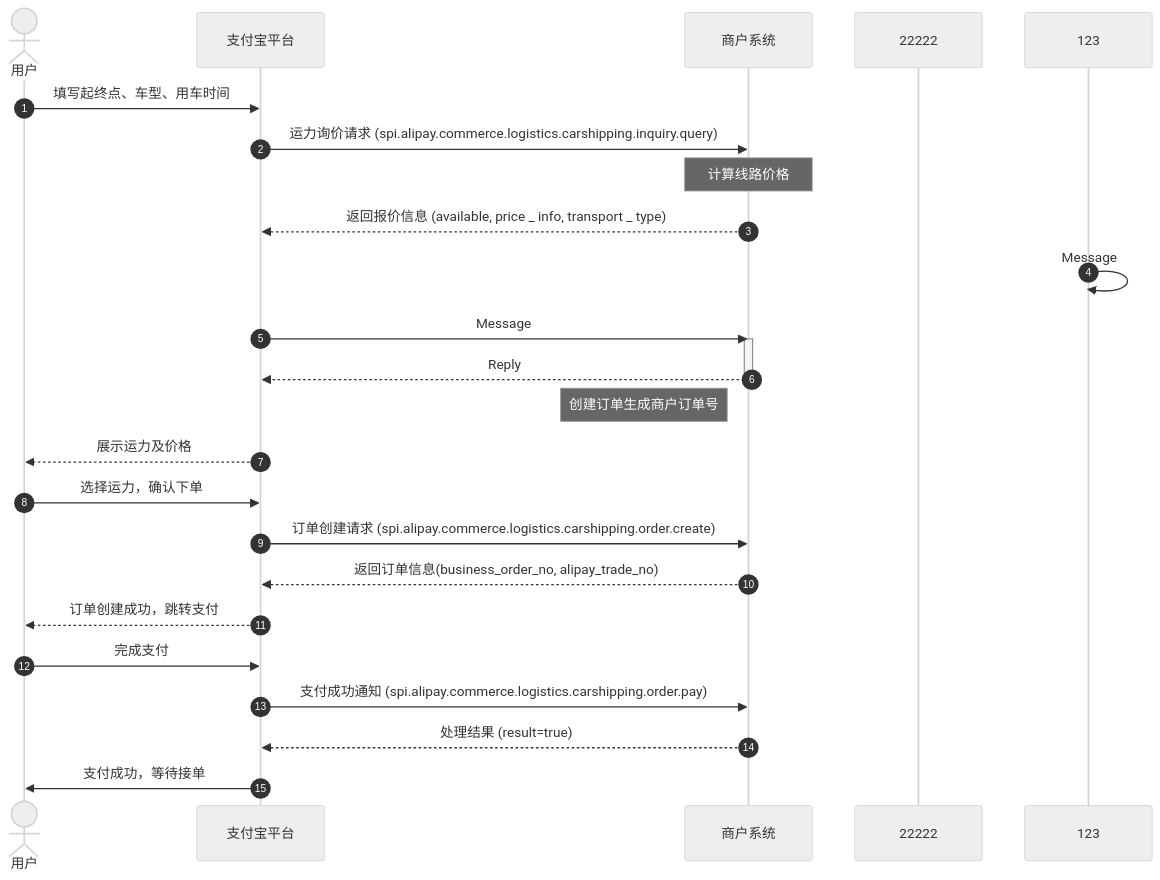
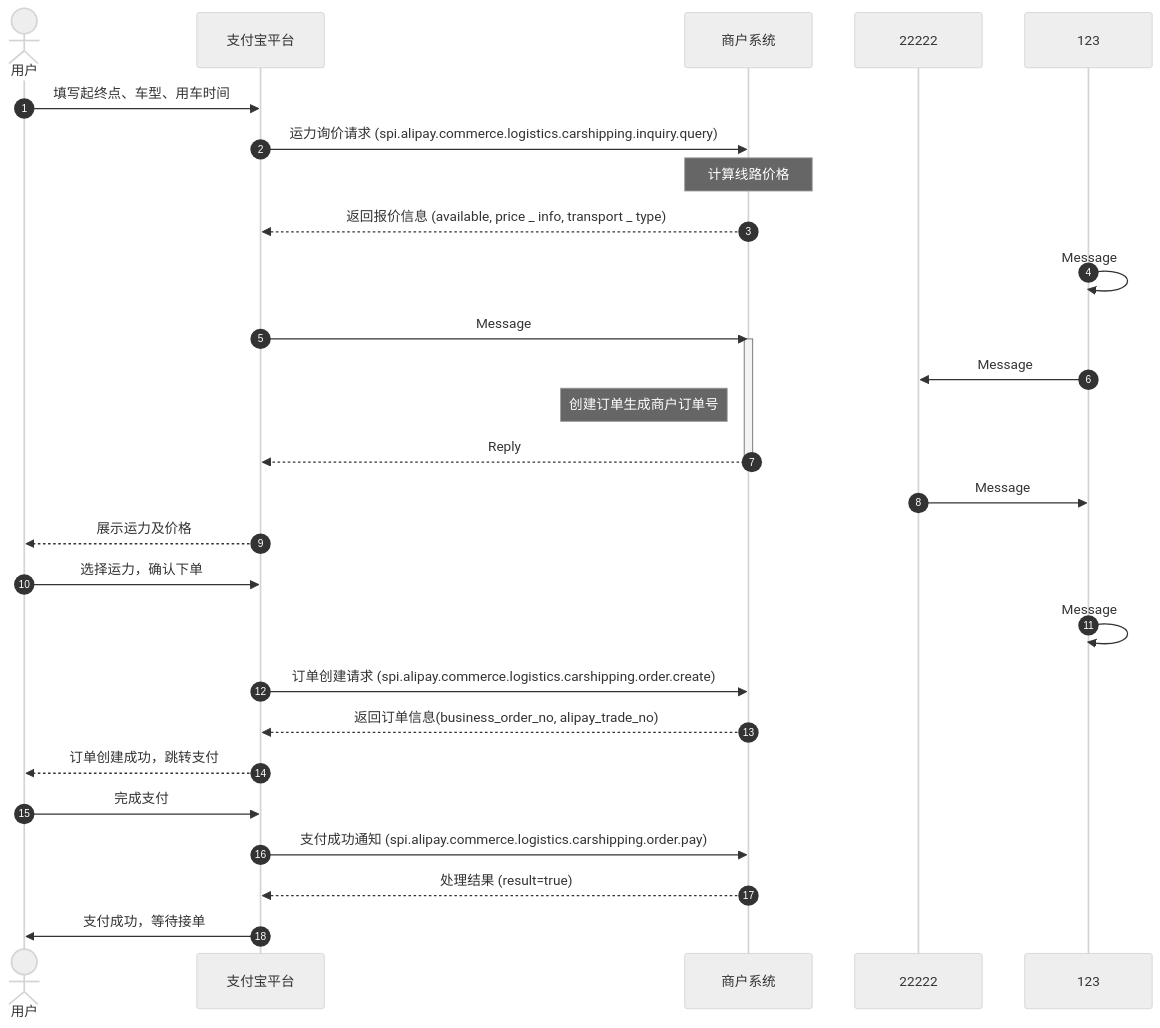
Before and after one commit to pingpm/mermaid_vault: the diagram in mmd/test_dba1b258-be6a-414c-9967-aedbcccfa44f.mmd, drawn with Mermaid (neutral theme). The commit also changed 2 other files, not shown here.

Commit message:
Sync Mermaid Studio data (8 diagrams)

```diff
--- a/mmd/test_dba1b258-be6a-414c-9967-aedbcccfa44f.mmd
+++ b/mmd/test_dba1b258-be6a-414c-9967-aedbcccfa44f.mmd
@@ -1,26 +1,29 @@
 sequenceDiagram
   autonumber
   actor p0 as 用户
   participant p1 as 支付宝平台
   participant p2 as 商户系统
   participant p3 as 22222
   participant p4 as 123
   p0->>p1: 填写起终点、⻋型、⽤⻋时间
   p1->>p2: 运⼒询价请求 (spi.alipay.commerce.logistics.carshipping.inquiry.query)
   Note over p2: 计算线路价格
   p2-->>p1: 返回报价信息 (available, price _ info, transport _ type)
   p4->>p4: Message
   p1->>p2: Message
   activate p2
+  p4->>p3: Message
+  Note left of p2: 创建订单⽣成商户订单号
   p2-->>p1: Reply
   deactivate p2
-  Note left of p2: 创建订单⽣成商户订单号
+  p3->>p4: Message
   p1-->>p0: 展示运⼒及价格
   p0->>p1: 选择运⼒，确认下单
+  p4->>p4: Message
   p1->>p2: 订单创建请求 (spi.alipay.commerce.logistics.carshipping.order.create)
   p2-->>p1: 返回订单信息(business_order_no, alipay_trade_no)
   p1-->>p0: 订单创建成功，跳转⽀付
   p0->>p1: 完成⽀付
   p1->>p2: ⽀付成功通知 (spi.alipay.commerce.logistics.carshipping.order.pay)
   p2-->>p1: 处理结果 (result=true)
   p1->>p0: ⽀付成功，等待接单
```
